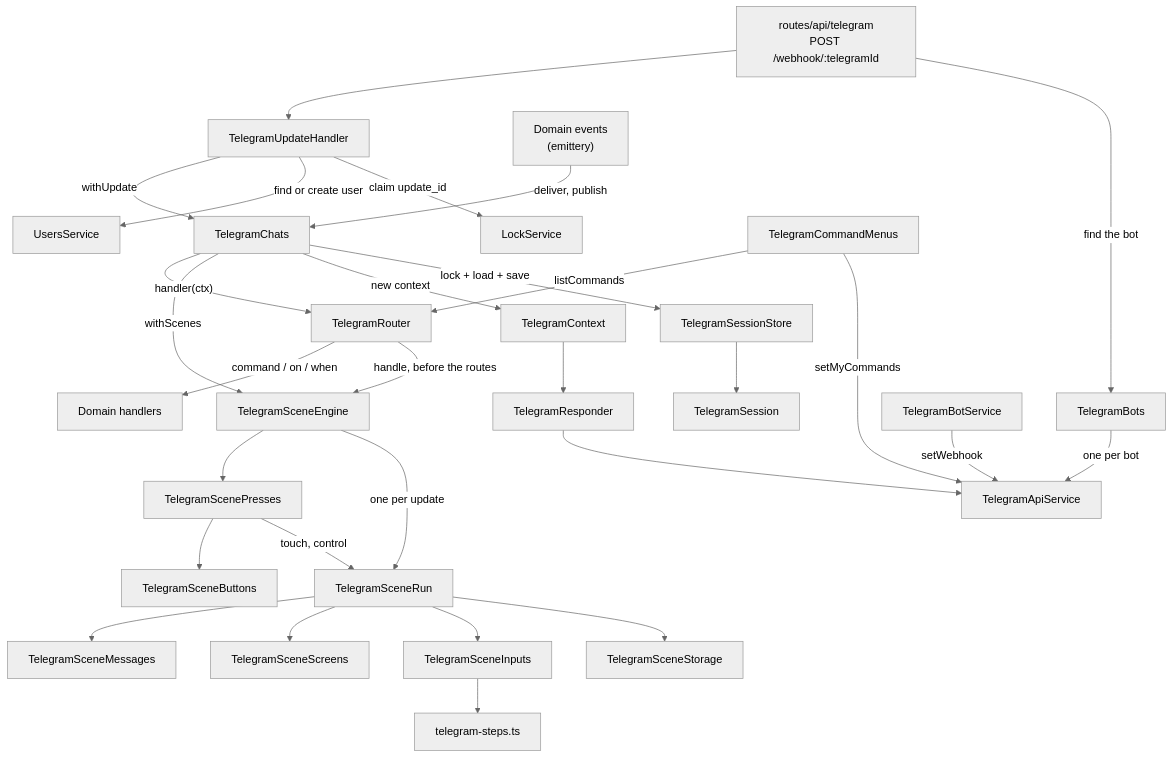
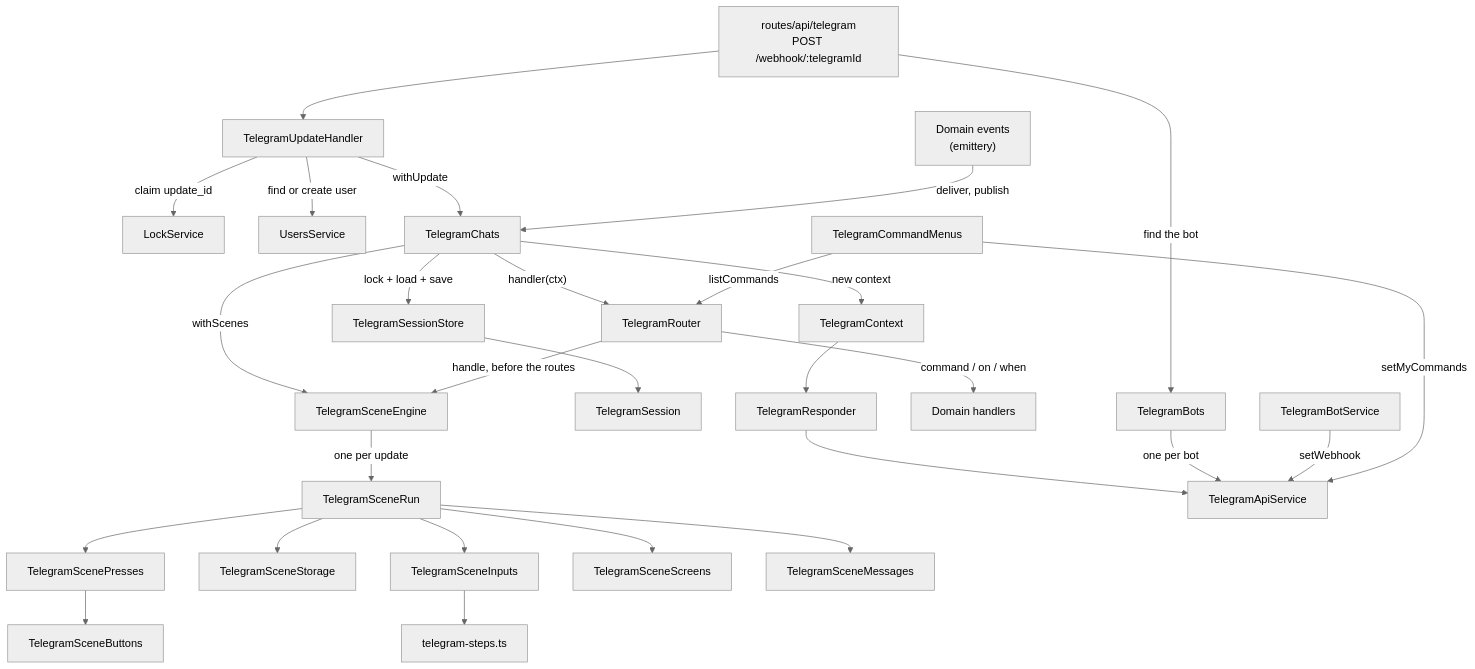
The first of 6 diagrams in apps/server/src/plugins/app/telegram/README.md (ayuvlasenko/smart-assistant), drawn with Mermaid (neutral theme) before and after one commit. The commit also changed other lines of this file and 3 other files, not shown here.

First line of the commit message:
refactor: touch a scene when the run builds its control, and press buttons inside the run

````diff
--- a/apps/server/src/plugins/app/telegram/README.md
+++ b/apps/server/src/plugins/app/telegram/README.md
@@ -238,37 +238,36 @@
 ```mermaid
 flowchart TD
     route["routes/api/telegram<br/>POST /webhook/:telegramId"] -->|"find the bot"| bots[TelegramBots]
     route --> handler[TelegramUpdateHandler]
     handler -->|"claim update_id"| lock[LockService]
     handler -->|"find or create user"| users[UsersService]
     handler -->|withUpdate| chats[TelegramChats]
 
     chats -->|"lock + load + save"| sessions[TelegramSessionStore]
     sessions --> session[TelegramSession]
     chats -->|"new context"| ctx[TelegramContext]
     chats -->|withScenes| engine[TelegramSceneEngine]
     chats -->|"handler(ctx)"| router[TelegramRouter]
 
     router -->|"handle, before the routes"| engine
     router -->|"command / on / when"| domain["Domain handlers"]
 
     engine -->|"one per update"| run[TelegramSceneRun]
-    engine --> presses[TelegramScenePresses]
-    presses -->|"touch, control"| run
+    run --> presses[TelegramScenePresses]
     presses --> buttons[TelegramSceneButtons]
     run --> storage[TelegramSceneStorage]
     run --> inputs[TelegramSceneInputs]
     run --> screens[TelegramSceneScreens]
     run --> messages[TelegramSceneMessages]
     inputs --> steps["telegram-steps.ts"]
 
     ctx --> responder[TelegramResponder]
     responder --> api[TelegramApiService]
     bots -->|"one per bot"| api
 
     domainEvents["Domain events<br/>(emittery)"] -->|"deliver, publish"| chats
 
     bot[TelegramBotService] -->|setWebhook| api
     menus[TelegramCommandMenus] -->|setMyCommands| api
     menus -->|listCommands| router
 ```
````
